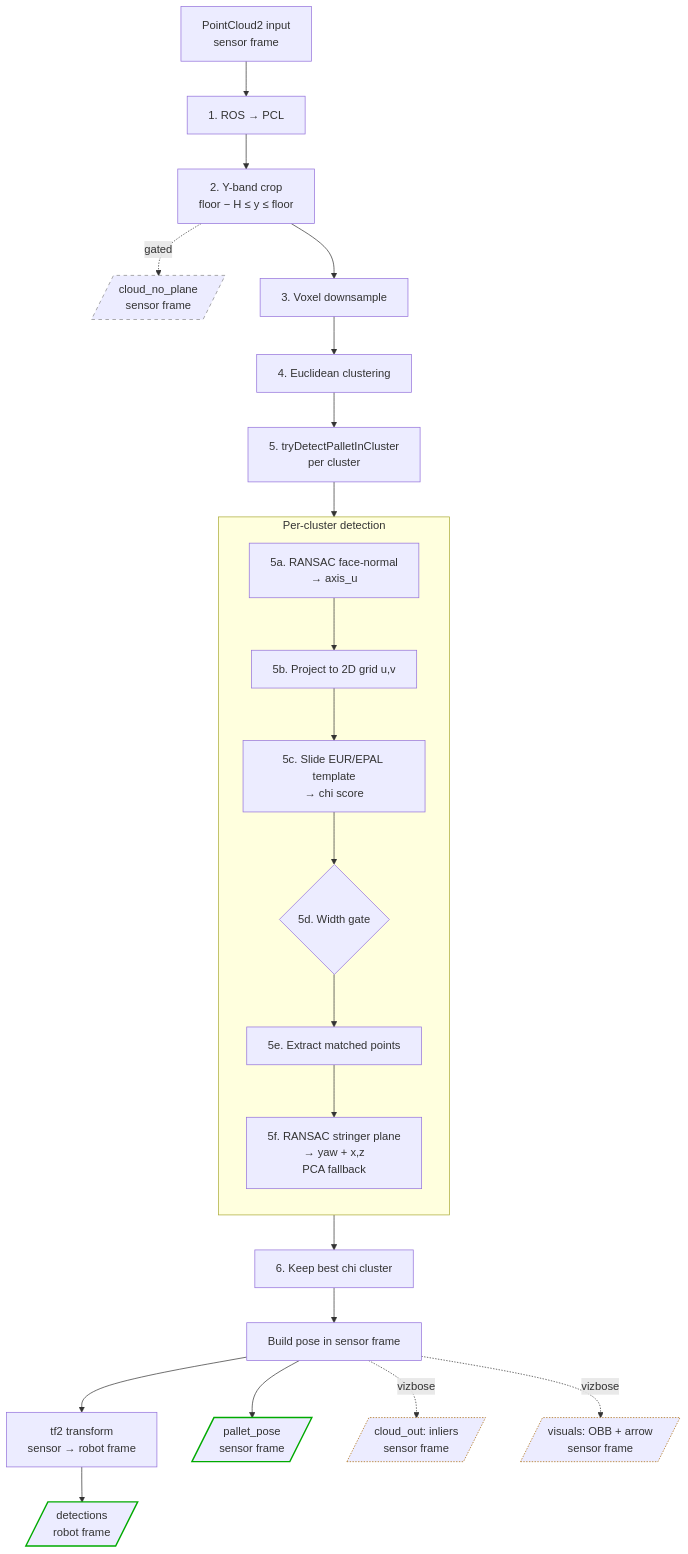
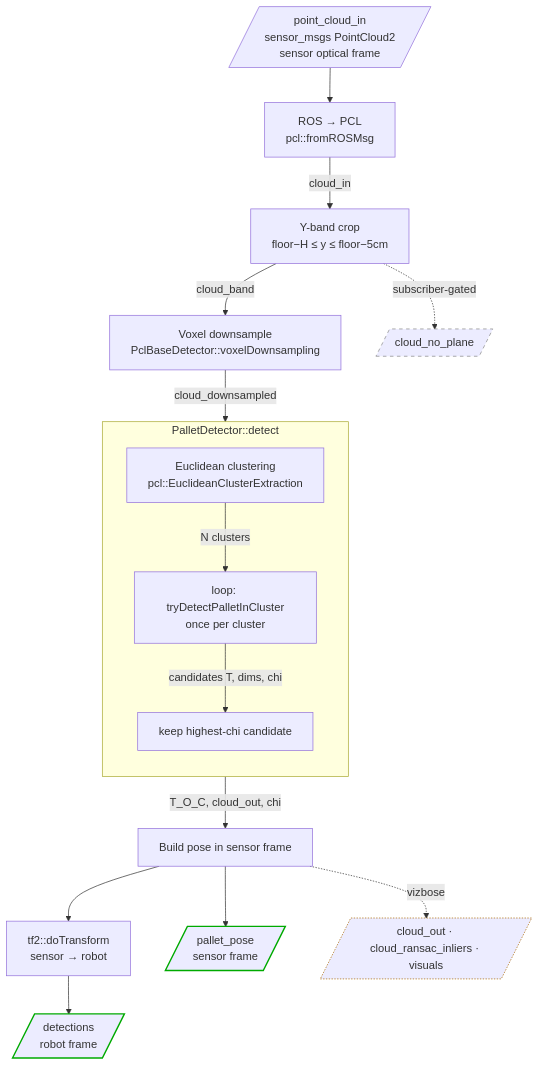
Before and after one commit to samanth4caballer0/pallet_detector_perceptor: the first of 2 diagrams in PALLET_PIPELINE.md, drawn with Mermaid. The commit also changed other lines of this file and 2 other files, not shown here.

First line of the commit message:
Tune pallet detector + update camera plugin + pipeline docs

````diff
--- a/PALLET_PIPELINE.md
+++ b/PALLET_PIPELINE.md
@@ -7,34 +17,27 @@
 ```mermaid
 graph TD
-    A[PointCloud2 input<br/>sensor frame] --> B[1. ROS → PCL]
-    B --> C[2. Y-band crop<br/>floor − H ≤ y ≤ floor]
-    C -. gated .-> P1[/cloud_no_plane<br/>sensor frame/]
-    C --> D[3. Voxel downsample]
-    D --> E[4. Euclidean clustering]
-    E --> F[5. tryDetectPalletInCluster<br/>per cluster]
+    IN[/point_cloud_in<br/>sensor_msgs PointCloud2<br/>sensor optical frame/] --> P1[ROS &rarr; PCL<br/>pcl::fromROSMsg]
+    P1 -->|cloud_in| P2[Y-band crop<br/>floor&minus;H &le; y &le; floor&minus;5cm]
+    P2 -->|cloud_band| P3[Voxel downsample<br/>PclBaseDetector::voxelDownsampling]
+    P2 -. subscriber-gated .-> TN[/cloud_no_plane/]
+    P3 -->|cloud_downsampled| DET
 
-    subgraph PERCLUSTER [Per-cluster detection]
+    subgraph DET [PalletDetector::detect]
         direction TB
-        G1[5a. RANSAC face-normal<br/>→ axis_u] --> G2[5b. Project to 2D grid u,v]
-        G2 --> G3[5c. Slide EUR/EPAL template<br/>→ chi score]
-        G3 --> G4{5d. Width gate}
-        G4 --> G5[5e. Extract matched points]
-        G5 --> G6[5f. RANSAC stringer plane<br/>→ yaw + x,z<br/>PCA fallback]
+        D1[Euclidean clustering<br/>pcl::EuclideanClusterExtraction] -->|N clusters| D2[loop: tryDetectPalletInCluster<br/>once per cluster]
+        D2 -->|candidates T, dims, chi| D3[keep highest-chi candidate]
     end
 
-    F --> PERCLUSTER
-    PERCLUSTER --> H[6. Keep best chi cluster]
-    H --> I[Build pose in sensor frame]
-    I --> J[tf2 transform<br/>sensor → robot frame]
-    J --> P3[/detections<br/>robot frame/]
-    I --> P4[/pallet_pose<br/>sensor frame/]
-    I -. vizbose .-> P5[/cloud_out: inliers<br/>sensor frame/]
-    I -. vizbose .-> P6[/visuals: OBB + arrow<br/>sensor frame/]
+    DET -->|T_O_C, cloud_out, chi| O1[Build pose in sensor frame]
+    O1 --> O2[tf2::doTransform<br/>sensor &rarr; robot]
+    O2 --> TD[/detections<br/>robot frame/]
+    O1 --> TP[/pallet_pose<br/>sensor frame/]
+    O1 -. vizbose .-> TV[/cloud_out · cloud_ransac_inliers · visuals/]
 
     classDef gated stroke-dasharray: 5 5,stroke:#888
     classDef vizbose stroke-dasharray: 2 2,stroke:#a60
     classDef always stroke:#0a0,stroke-width:2px
-    class P1 gated
-    class P5,P6 vizbose
-    class P3,P4 always
+    class TN gated
+    class TV vizbose
+    class TD,TP always
 ```
````
